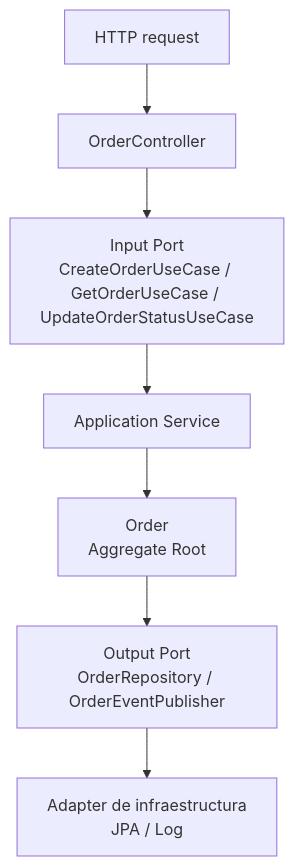
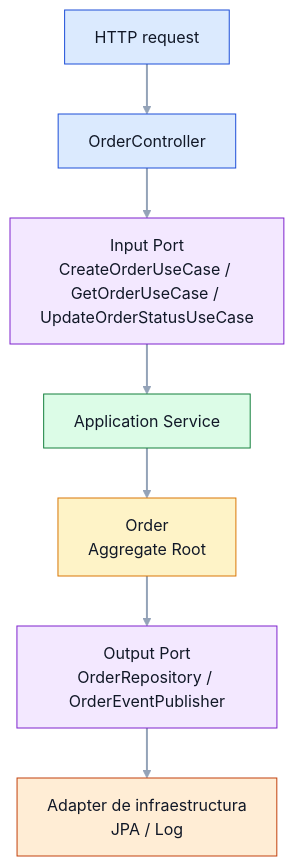
The first of 7 diagrams in README.md (VirtualCave/modern-architecture-patterns), drawn with Mermaid before and after one commit. The commit also changed other lines of this file and 4 other files, not shown here.

````diff
--- a/README.md
+++ b/README.md
@@ -86,9 +96,24 @@
 ```mermaid
+%%{init: {'theme':'base','themeVariables': {'background':'transparent','primaryTextColor':'#111827','lineColor':'#94A3B8'}}}%%
 flowchart TD
     A[HTTP request] --> B[OrderController]
     B --> C[Input Port<br/>CreateOrderUseCase / GetOrderUseCase / UpdateOrderStatusUseCase]
     C --> D[Application Service]
     D --> E[Order<br/>Aggregate Root]
     E --> F[Output Port<br/>OrderRepository / OrderEventPublisher]
     F --> G[Adapter de infraestructura<br/>JPA / Log]
+
+    linkStyle default stroke:#94A3B8,stroke-width:2px;
+
+    classDef entry fill:#DBEAFE,stroke:#1D4ED8,stroke-width:1px,color:#111827;
+    classDef app fill:#DCFCE7,stroke:#15803D,stroke-width:1px,color:#111827;
+    classDef domain fill:#FEF3C7,stroke:#D97706,stroke-width:1px,color:#111827;
+    classDef port fill:#F3E8FF,stroke:#7E22CE,stroke-width:1px,color:#111827;
+    classDef infra fill:#FFEDD5,stroke:#C2410C,stroke-width:1px,color:#111827;
+
+    class A,B entry;
+    class C,F port;
+    class D app;
+    class E domain;
+    class G infra;
 ```
````
